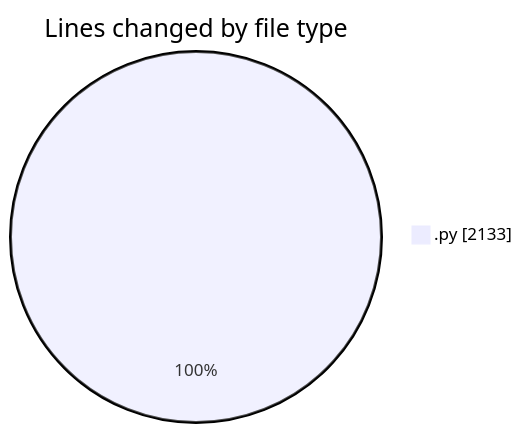
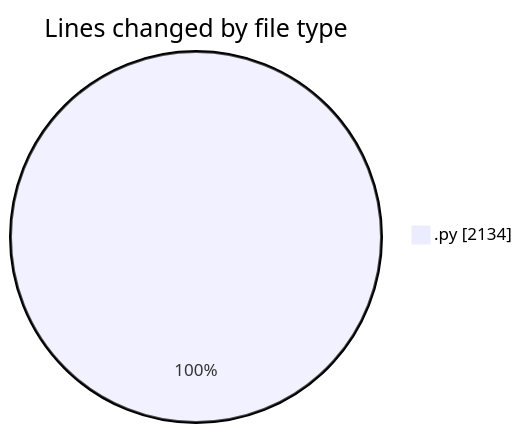
Before and after one commit to MatusMokan/code-tracking: the first of 2 diagrams in 2025-04-19/myws__workspace_/README.md, drawn with Mermaid. The commit also changed other lines of this file and 1 other file, not shown here.

````diff
--- a/2025-04-19/myws__workspace_/README.md
+++ b/2025-04-19/myws__workspace_/README.md
@@ -24,5 +24,5 @@
 ```mermaid
 pie showData
 title Lines changed by file type
-".py" : 2133
+".py" : 2134
 ```
````
